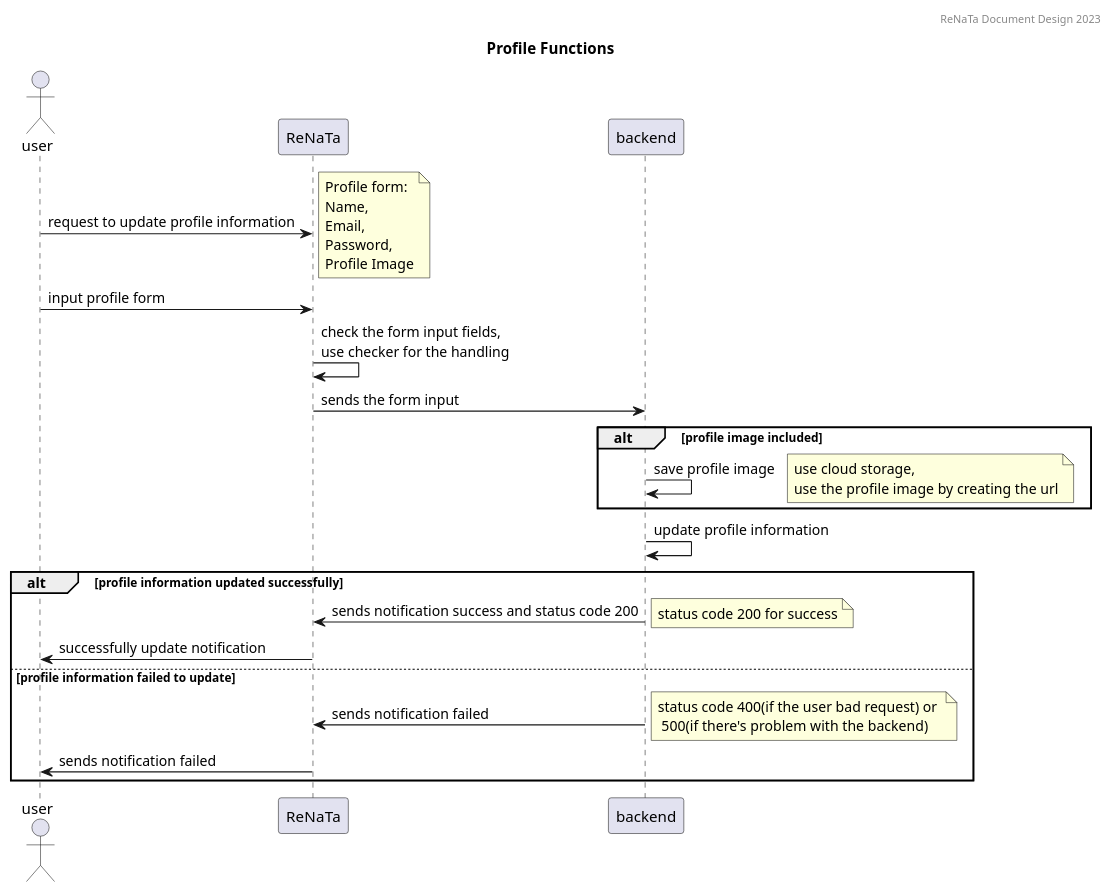
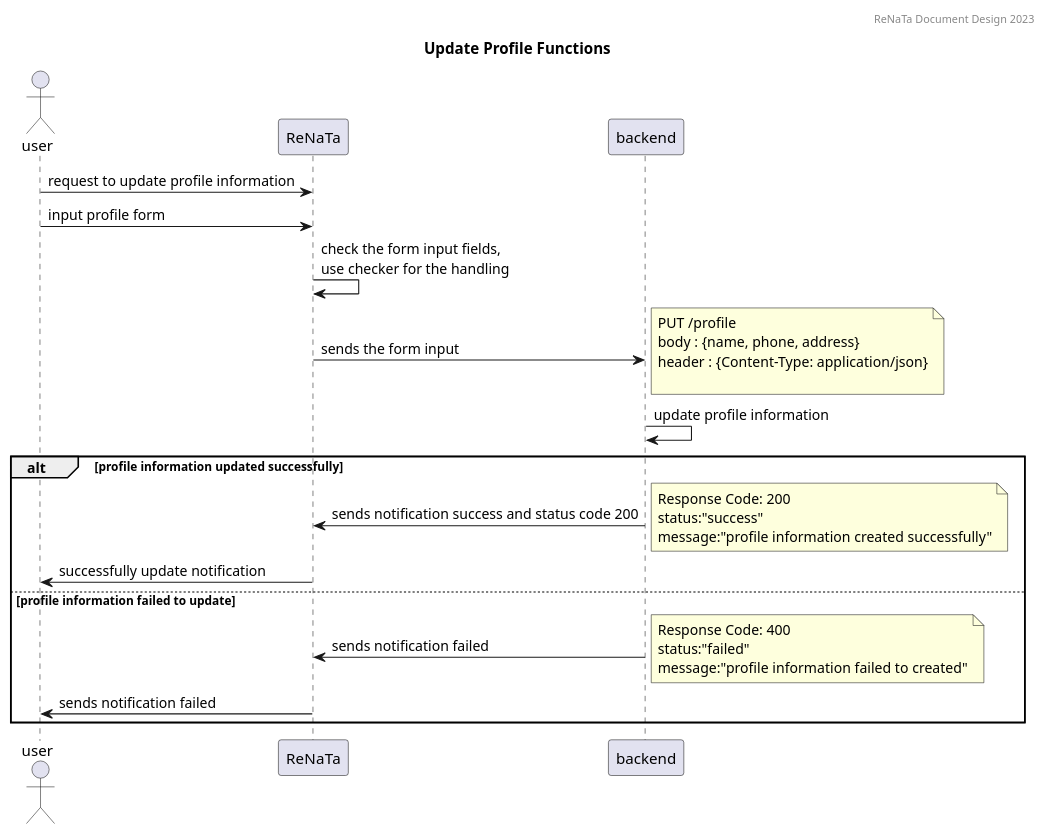
Before and after one commit to RENATA-C23-PS218/renata-project-design: the diagram in uml-sequence/profile/update-profile.puml, drawn with PlantUML. The commit also changed 1 other file, not shown here.

Commit message:
update-profile v2, separate upload profile image sequence

```diff
--- a/uml-sequence/profile/update-profile.puml
+++ b/uml-sequence/profile/update-profile.puml
@@ -1,35 +1,29 @@
 @startuml
 
 header ReNaTa Document Design 2023
-title Profile Functions
+title Update Profile Functions
 
 actor user
 participant ReNaTa
 participant backend
 
 note left: User can view and edit their profile information such as name, email, and password
 
 user->ReNaTa: request to update profile information
-note right: Profile form: \nName, \nEmail, \nPassword, \nProfile Image
-
 user->ReNaTa: input profile form
 ReNaTa->ReNaTa: check the form input fields, \nuse checker for the handling
 backend<-ReNaTa: sends the form input
-
-alt profile image included
-    backend->backend: save profile image 
-    note right:use cloud storage,\nuse the profile image by creating the url
-end
+note right : PUT /profile\nbody : {name, phone, address}\nheader : {Content-Type: application/json}\n 
 
 backend->backend: update profile information 
 alt profile information updated successfully
     backend->ReNaTa: sends notification success and status code 200
-    note right: status code 200 for success
+    note right: Response Code: 200\nstatus:"success"\nmessage:"profile information created successfully"
     user<-ReNaTa: successfully update notification
 else profile information failed to update
     backend->ReNaTa: sends notification failed
-    note right: status code 400(if the user bad request) or \n 500(if there's problem with the backend)
+    note right: Response Code: 400\nstatus:"failed"\nmessage:"profile information failed to created"
     user<-ReNaTa: sends notification failed
 end
 
 @enduml
```
